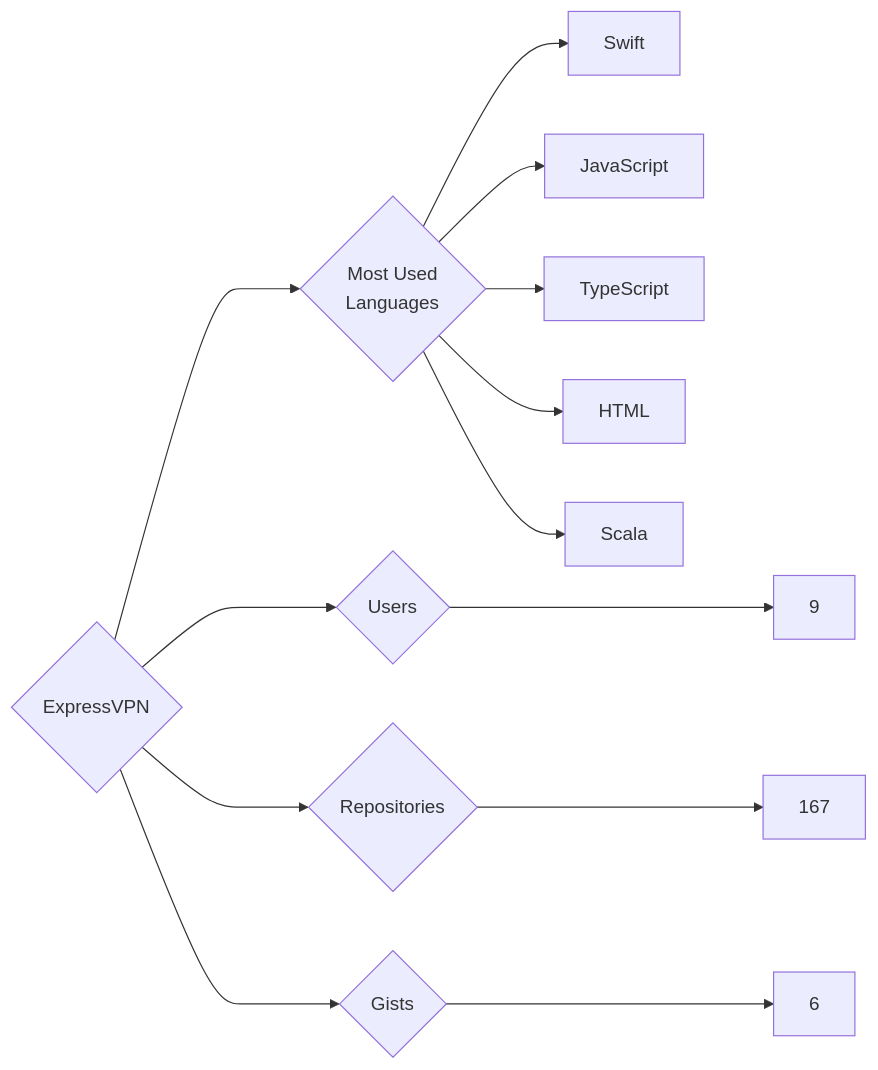
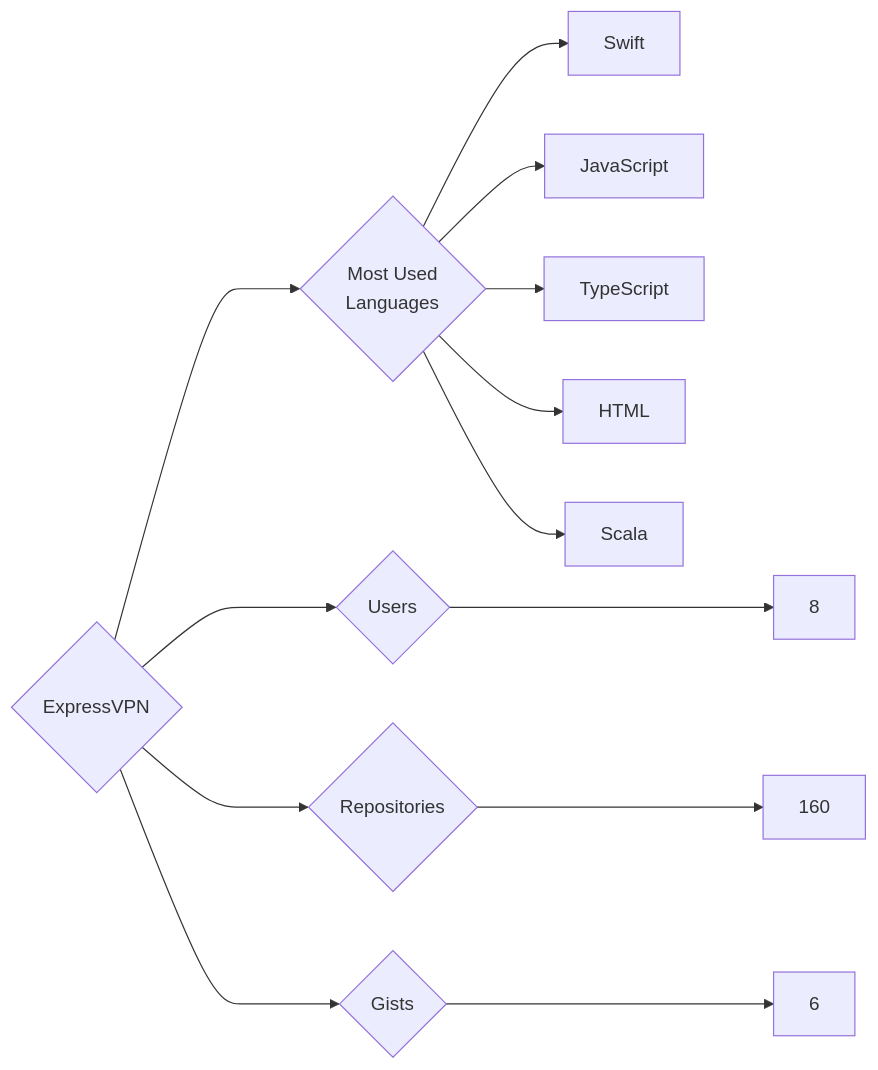
One commit to trickest/insiders changed the diagram in targets/ExpressVPN/README.md. Above: the diagram before and after it, drawn with Mermaid. The commit also changed 873 other files, not shown here.

````diff
--- a/targets/ExpressVPN/README.md
+++ b/targets/ExpressVPN/README.md
@@ -3,13 +3,13 @@
 ```mermaid
 graph LR
 COMPANY_NAME{ExpressVPN}
-COMPANY_NAME ---> U{Users} ---> UN[9]
-COMPANY_NAME ---> R{Repositories} ---> RN[167]
+COMPANY_NAME ---> U{Users} ---> UN[8]
+COMPANY_NAME ---> R{Repositories} ---> RN[160]
 COMPANY_NAME ---> G{Gists} ---> GN[6]
 COMPANY_NAME ---> ML{Most Used<br>Languages}
 ML --> Swift[Swift]
 ML --> JavaScript[JavaScript]
 ML --> TypeScript[TypeScript]
 ML --> HTML[HTML]
 ML --> Scala[Scala]
 ```
````
